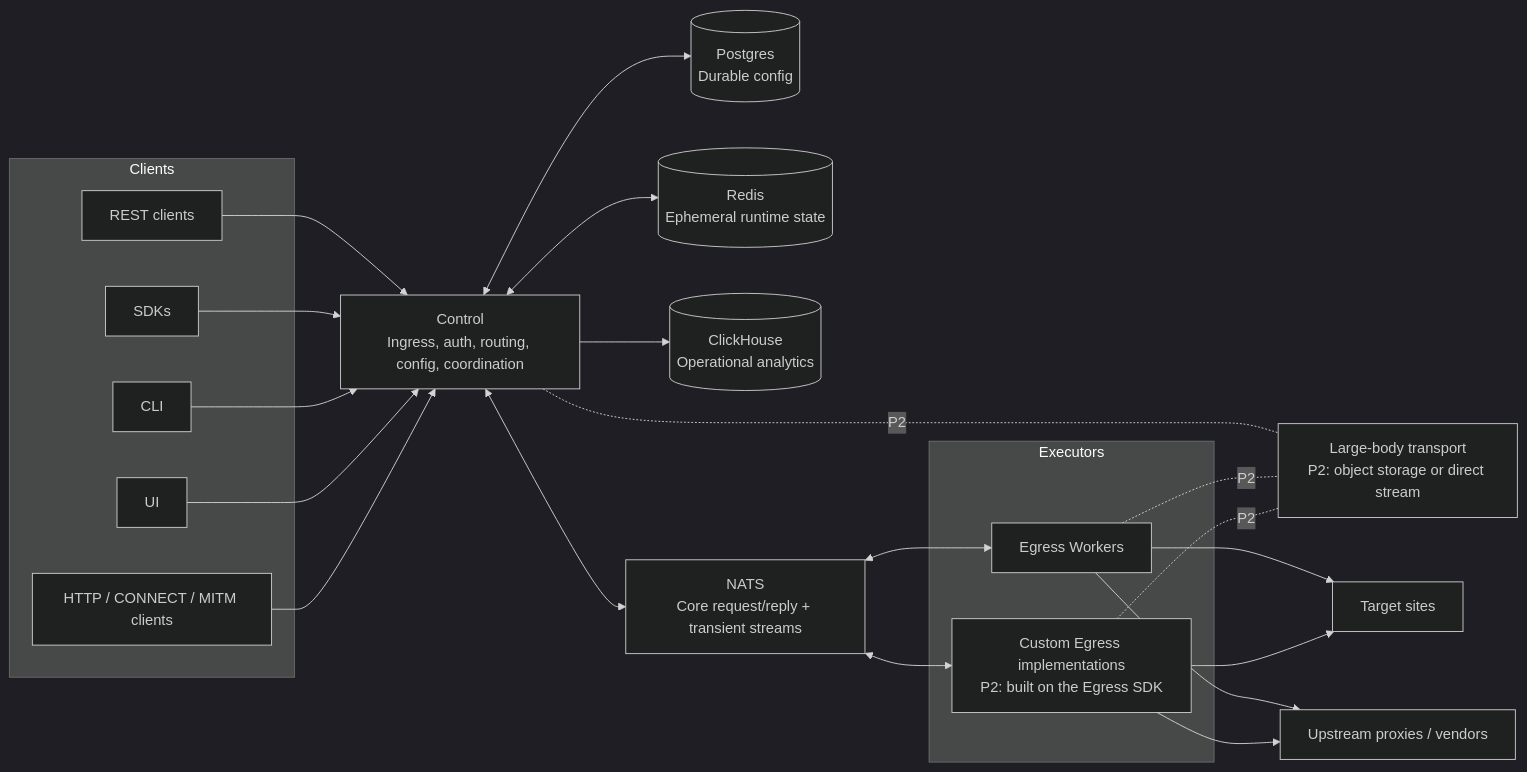
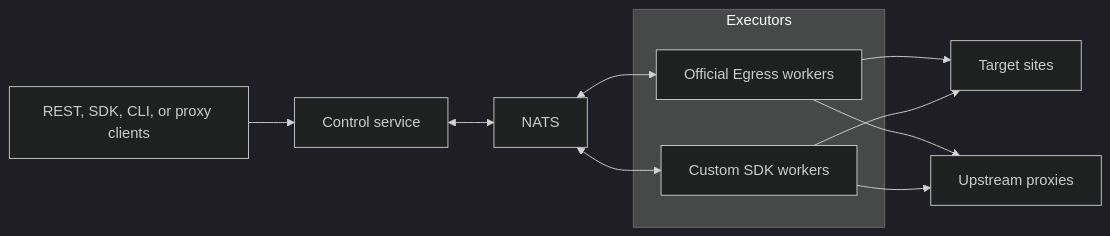
The diagram in docs/planning/04-canonical-architecture.md (beremaran/straw-oss), drawn with Mermaid (dark theme) before and after one commit. The commit also changed other lines of this file and 6 other files, not shown here.

````diff
--- a/docs/planning/04-canonical-architecture.md
+++ b/docs/planning/04-canonical-architecture.md
@@ -22,44 +18,23 @@
 ```mermaid
 flowchart LR
-  subgraph Clients
-    REST[REST clients]
-    SDK[SDKs]
-    CLI[CLI]
-    UI[UI]
-    Proxy[HTTP / CONNECT / MITM clients]
+  Clients[REST, SDK, CLI, or proxy clients]
+  Control[Control service]
+  NATS[NATS]
+
+  subgraph Executors
+    Egress[Official Egress workers]
+    Custom[Custom SDK workers]
   end
 
-  Control[Control\nIngress, auth, routing, config, coordination]
-  PG[(Postgres\nDurable config)]
-  Redis[(Redis\nEphemeral runtime state)]
-  CH[(ClickHouse\nOperational analytics)]
-  NATS[NATS\nCore request/reply + transient streams]
+  Targets[Target sites]
+  Vendors[Upstream proxies]
 
-  subgraph Executors
-    Egress[Egress Workers]
-    Custom[Custom Egress implementations\nP2: built on the Egress SDK]
-  end
-
-  Body[Large-body transport\nP2: object storage or direct stream]
-  Targets[Target sites]
-  Vendors[Upstream proxies / vendors]
-
-  REST --> Control
-  SDK --> Control
-  CLI --> Control
-  UI --> Control
-  Proxy --> Control
-  Control <--> PG
-  Control <--> Redis
-  Control --> CH
+  Clients --> Control
   Control <--> NATS
   NATS <--> Egress
   NATS <--> Custom
-  Control -. P2 .- Body
-  Egress -. P2 .- Body
-  Custom -. P2 .- Body
   Egress --> Targets
   Egress --> Vendors
+  Custom --> Targets
   Custom --> Vendors
-  Custom --> Targets
 ```
````
